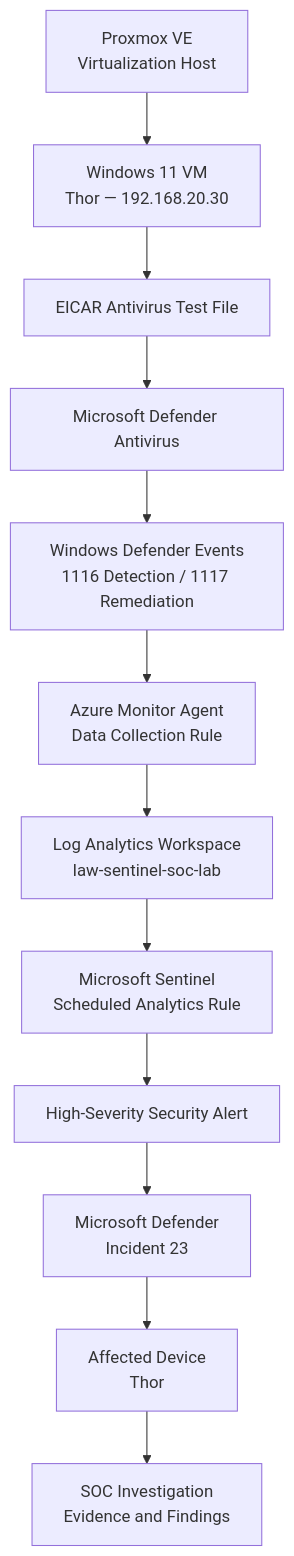
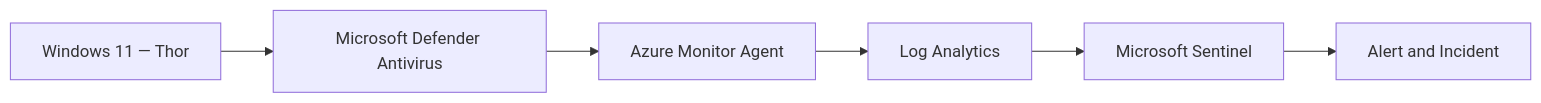
The first of 2 diagrams in investigations/03-defender-malware-detection/README.md (CyberAmal/microsoft-sentinel-cloud-soc), drawn with Mermaid before and after one commit. The commit also changed other lines of this file, not shown here.

````diff
--- a/investigations/03-defender-malware-detection/README.md
+++ b/investigations/03-defender-malware-detection/README.md
@@ -63,27 +16,8 @@
 ```mermaid
-flowchart TD
-    A["Proxmox VE<br/>Virtualization Host"]
-    B["Windows 11 VM<br/>Thor — 192.168.20.30"]
-    C["EICAR Antivirus Test File"]
-    D["Microsoft Defender Antivirus"]
-    E["Windows Defender Events<br/>1116 Detection / 1117 Remediation"]
-    F["Azure Monitor Agent<br/>Data Collection Rule"]
-    G["Log Analytics Workspace<br/>law-sentinel-soc-lab"]
-    H["Microsoft Sentinel<br/>Scheduled Analytics Rule"]
-    I["High-Severity Security Alert"]
-    J["Microsoft Defender<br/>Incident 23"]
-    K["Affected Device<br/>Thor"]
-    L["SOC Investigation<br/>Evidence and Findings"]
-
-    A --> B
-    B --> C
-    C --> D
-    D --> E
-    E --> F
-    F --> G
-    G --> H
-    H --> I
-    I --> J
-    J --> K
-    K --> L
+flowchart LR
+    A["Windows 11 — Thor"] --> B["Microsoft Defender Antivirus"]
+    B --> C["Azure Monitor Agent"]
+    C --> D["Log Analytics"]
+    D --> E["Microsoft Sentinel"]
+    E --> F["Alert and Incident"]
 ```
````
